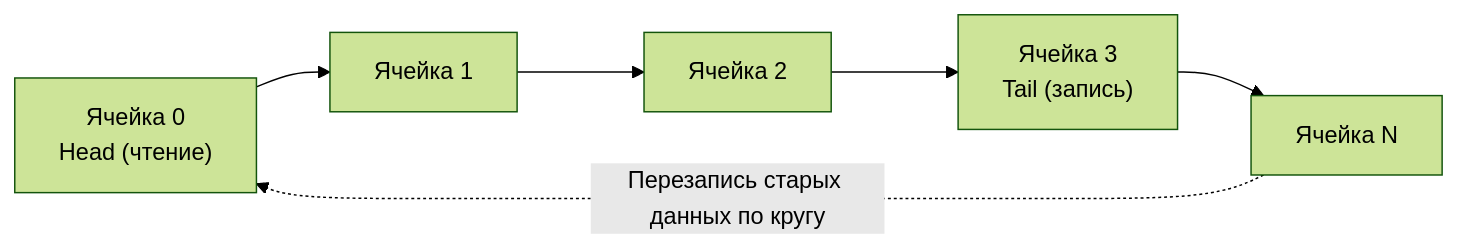
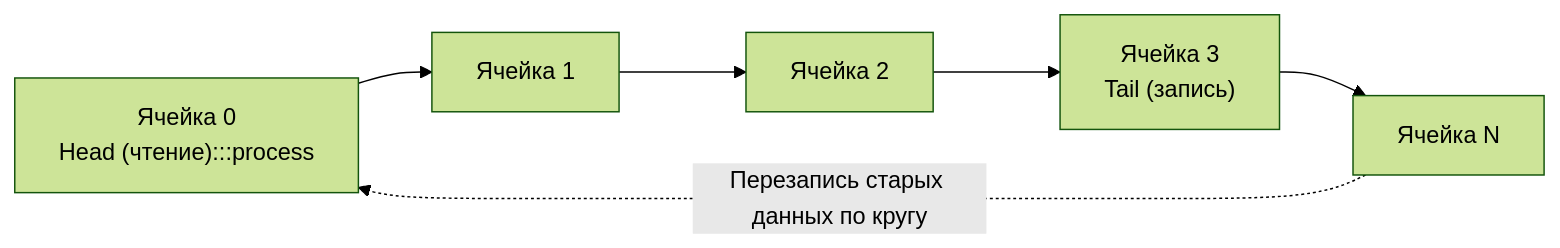
Before and after one commit to UnrealTemplier/go-textbook: the second of 2 diagrams in sources/16. Профилирование, отладка и производительность/09. Практические оптимизации/3. Reuse объектов.md, drawn with Mermaid (forest theme). The commit also changed other lines of this file and 1666 other files, not shown here.

First line of the commit message:
feat(mermaid): add semantic color classDef to 1369 colorless flowchart/graph diagrams

````diff
--- a/sources/16. Профилирование, отладка и производительность/09. Практические оптимизации/3. Reuse объектов.md
+++ b/sources/16. Профилирование, отладка и производительность/09. Практические оптимизации/3. Reuse объектов.md
@@ -118,8 +128,18 @@
 ```mermaid
 flowchart LR
-    A["Ячейка 0<br/>Head (чтение)"] --> B["Ячейка 1"]
+    classDef process  fill:#1e293b,stroke:#38bdf8,stroke-width:1px,color:#f8fafc
+    classDef success  fill:#064e3b,stroke:#34d399,stroke-width:1px,color:#f8fafc
+    classDef error    fill:#7f1d1d,stroke:#f87171,stroke-width:1px,color:#f8fafc
+    classDef warning  fill:#78350f,stroke:#fbbf24,stroke-width:1px,color:#f8fafc
+    classDef entry    fill:#1e3a5f,stroke:#38bdf8,stroke-width:2px,color:#f8fafc
+    classDef aux      fill:#334155,stroke:#64748b,stroke-width:1px,color:#f8fafc
+    classDef system   fill:#312e81,stroke:#a78bfa,stroke-width:1px,color:#f8fafc
+    classDef data     fill:#132d29,stroke:#2dd4bf,stroke-width:1px,color:#f8fafc
+    classDef network  fill:#881337,stroke:#fb7185,stroke-width:1px,color:#f8fafc
+    classDef accent   fill:#1e1b4b,stroke:#818cf8,stroke-width:1px,color:#f8fafc
+    A["Ячейка 0<br/>Head (чтение):::process"] --> B["Ячейка 1"]
     B --> C["Ячейка 2"]
     C --> D["Ячейка 3<br/>Tail (запись)"]
     D --> E["Ячейка N"]
     E -.->|"Перезапись старых данных по кругу"| A
 ```
````
